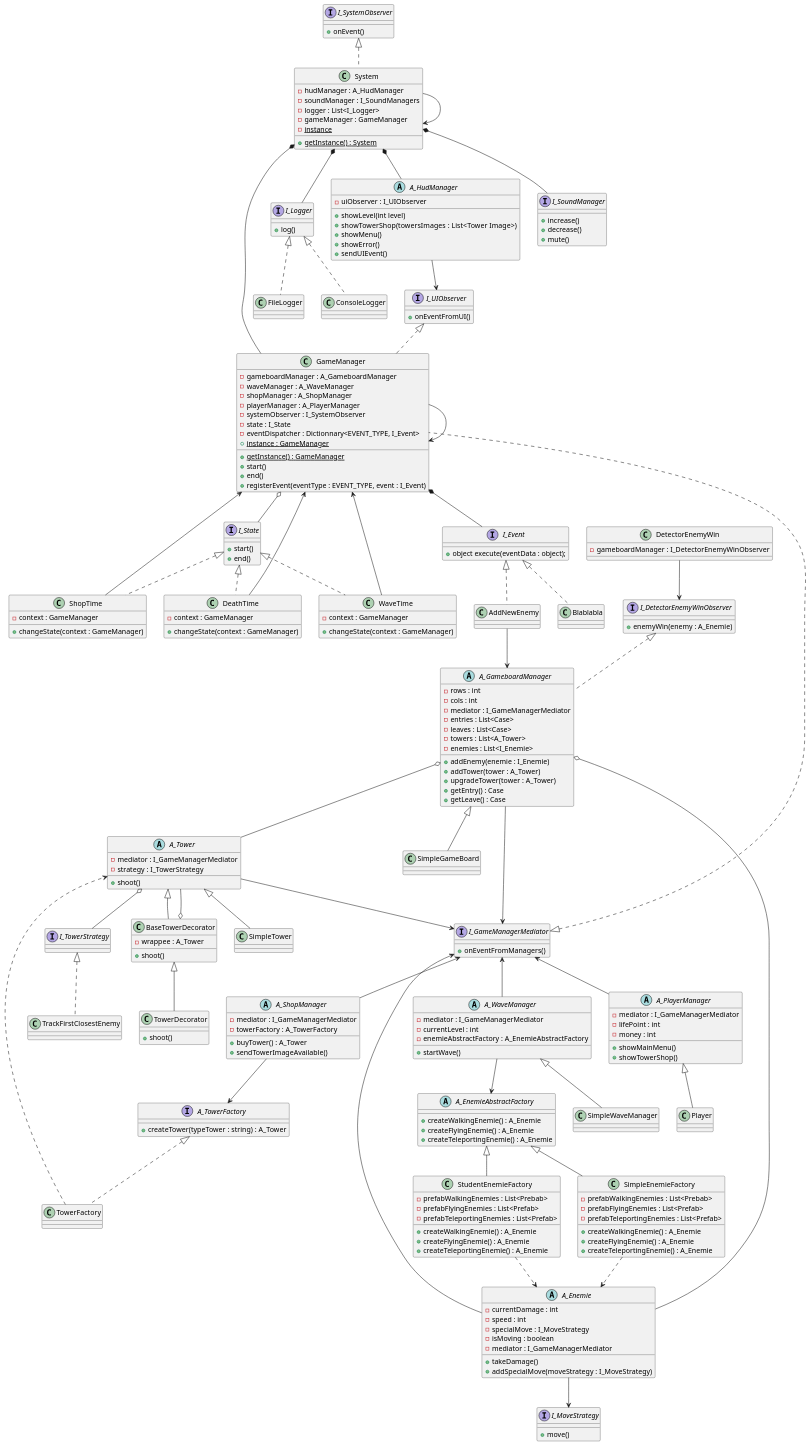
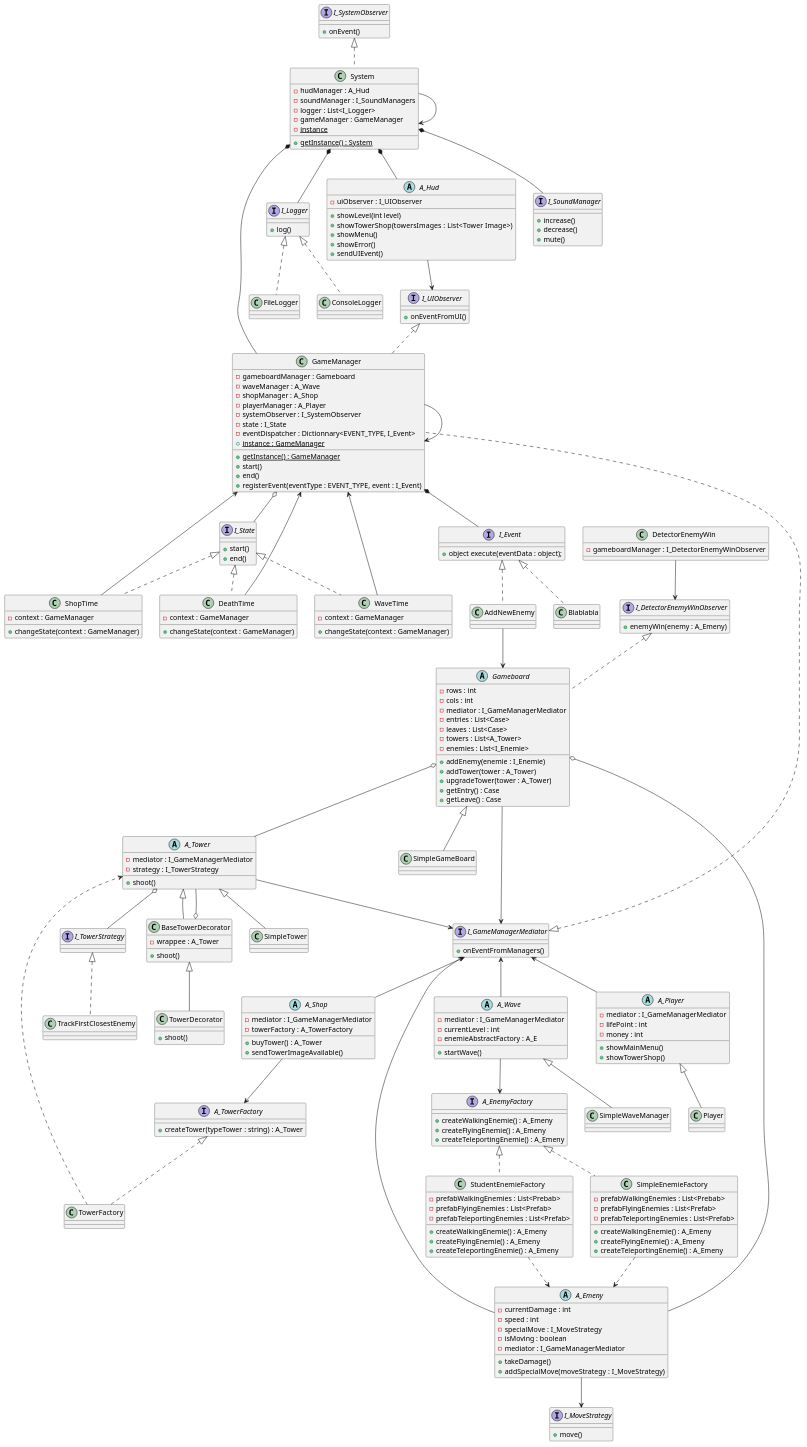
The diagram in uml.plantuml (bobylatruffe/tower_defense), drawn with PlantUML before and after one commit. The commit also changed 18 other files, not shown here.

```diff
--- a/uml.plantuml
+++ b/uml.plantuml
@@ -5,10 +5,10 @@
 /' skinparam linetype polyline '/
 
 class GameManager implements I_UIObserver, I_GameManagerMediator {
-    - gameboardManager : A_GameboardManager
-    - waveManager : A_WaveManager
-    - shopManager : A_ShopManager
-    - playerManager : A_PlayerManager
+    - gameboardManager : Gameboard
+    - waveManager : A_Wave
+    - shopManager : A_Shop
+    - playerManager : A_Player
     - systemObserver : I_SystemObserver
     - state : I_State
     - eventDispatcher : Dictionnary<EVENT_TYPE, I_Event>
@@ -26,7 +26,7 @@
 class AddNewEnemy implements I_Event {
 }
 
-AddNewEnemy --> A_GameboardManager
+AddNewEnemy --> Gameboard
 
 class Blablabla implements I_Event {
 }
@@ -64,7 +64,7 @@
 GameManager --> GameManager
 
 class System implements I_SystemObserver {
-    - hudManager : A_HudManager
+    - hudManager : A_Hud
     - soundManager : I_SoundManagers
     - logger : List<I_Logger>
     - gameManager : GameManager
@@ -91,7 +91,7 @@
 '     nécessaires au fonctionnement du TowerDefense.
 ' end note
 
-abstract class A_GameboardManager  {
+abstract class Gameboard  {
     - rows : int
     - cols : int
     - mediator : I_GameManagerMediator
@@ -106,7 +106,7 @@
     + getLeave() : Case
 }
 
-A_GameboardManager o-- A_Tower
+Gameboard o-- A_Tower
 BaseTowerDecorator o-- A_Tower
 
 class BaseTowerDecorator extends A_Tower {
@@ -118,55 +118,55 @@
     + shoot()
 }
 
-/' A_GameboardManager *-- TowerDecorator '/
-/' A_GameboardManager --> TowerDecorator '/
+/' Gameboard *-- TowerDecorator '/
+/' Gameboard --> TowerDecorator '/
 
-abstract class A_WaveManager  {
+abstract class A_Wave  {
     - mediator : I_GameManagerMediator
     - currentLevel : int
-    - enemieAbstractFactory : A_EnemieAbstractFactory
+    - enemieAbstractFactory : A_E
     + startWave()
 }
 
-abstract class A_EnemieAbstractFactory {
-    + createWalkingEnemie() : A_Enemie
-    + createFlyingEnemie() : A_Enemie
-    + createTeleportingEnemie() : A_Enemie
+interface A_EnemyFactory {
+    + createWalkingEnemie() : A_Emeny
+    + createFlyingEnemie() : A_Emeny
+    + createTeleportingEnemie() : A_Emeny
 }
 
-A_WaveManager --> A_EnemieAbstractFactory
-A_WaveManager <|-- SimpleWaveManager
+A_Wave --> A_EnemyFactory
+A_Wave <|-- SimpleWaveManager
 
-class StudentEnemieFactory extends A_EnemieAbstractFactory {
+class StudentEnemieFactory implements A_EnemyFactory {
     - prefabWalkingEnemies : List<Prebab>
     - prefabFlyingEnemies : List<Prefab>
     - prefabTeleportingEnemies : List<Prefab>
-    + createWalkingEnemie() : A_Enemie
-    + createFlyingEnemie() : A_Enemie
-    + createTeleportingEnemie() : A_Enemie
+    + createWalkingEnemie() : A_Emeny
+    + createFlyingEnemie() : A_Emeny
+    + createTeleportingEnemie() : A_Emeny
 }
 
-StudentEnemieFactory ..> A_Enemie
+StudentEnemieFactory ..> A_Emeny
 
-class SimpleEnemieFactory extends A_EnemieAbstractFactory {
+class SimpleEnemieFactory implements A_EnemyFactory {
     - prefabWalkingEnemies : List<Prebab>
     - prefabFlyingEnemies : List<Prefab>
     - prefabTeleportingEnemies : List<Prefab>
-    + createWalkingEnemie() : A_Enemie
-    + createFlyingEnemie() : A_Enemie
-    + createTeleportingEnemie() : A_Enemie
+    + createWalkingEnemie() : A_Emeny
+    + createFlyingEnemie() : A_Emeny
+    + createTeleportingEnemie() : A_Emeny
 }
 
-SimpleEnemieFactory ..> A_Enemie
+SimpleEnemieFactory ..> A_Emeny
 
-abstract class A_ShopManager {
+abstract class A_Shop {
     - mediator : I_GameManagerMediator
     - towerFactory : A_TowerFactory
     + buyTower() : A_Tower
     + sendTowerImageAvailable()
 }
 
-abstract class A_PlayerManager  {
+abstract class A_Player  {
     - mediator : I_GameManagerMediator
     - lifePoint : int
     - money : int
@@ -178,9 +178,9 @@
 
 }
 
-A_ShopManager --> A_TowerFactory
+A_Shop --> A_TowerFactory
 
-abstract class A_HudManager {
+abstract class A_Hud {
     - uiObserver : I_UIObserver
     + showLevel(int level)
     + showTowerShop(towersImages : List<Tower  Image>)
@@ -211,26 +211,26 @@
     + onEventFromManagers()
 }
 
-/' GameManager o-- A_GameboardManager
-GameManager o-- A_WaveManager
-GameManager o-- A_ShopManager
-GameManager o-- A_PlayerManager
+/' GameManager o-- Gameboard
+GameManager o-- A_Wave
+GameManager o-- A_Shop
+GameManager o-- A_Player
 GameManager o-- I_SystemObserver '/
 
-System *-- A_HudManager
+System *-- A_Hud
 System *-- I_SoundManager
 System *-- I_Logger
 System *-- GameManager
 
-A_HudManager --> I_UIObserver
+A_Hud --> I_UIObserver
 
-I_GameManagerMediator <-- A_GameboardManager
-I_GameManagerMediator <-- A_PlayerManager
-I_GameManagerMediator <-- A_WaveManager
-I_GameManagerMediator <-- A_ShopManager
+I_GameManagerMediator <-- Gameboard
+I_GameManagerMediator <-- A_Player
+I_GameManagerMediator <-- A_Wave
+I_GameManagerMediator <-- A_Shop
 
-/' A_GameboardManager o-- A_Tower '/
-A_GameboardManager o-- A_Enemie
+/' Gameboard o-- A_Tower '/
+Gameboard o-- A_Emeny
 
 TowerFactory ..> A_Tower
 
@@ -250,7 +250,7 @@
     + move()
 }
 
-abstract class A_Enemie {
+abstract class A_Emeny {
     - currentDamage : int
     - speed : int
     - specialMove : I_MoveStrategy
@@ -260,10 +260,10 @@
     + addSpecialMove(moveStrategy : I_MoveStrategy)
 }
 
-A_Enemie --> I_MoveStrategy
-A_Enemie --> I_GameManagerMediator
+A_Emeny --> I_MoveStrategy
+A_Emeny --> I_GameManagerMediator
 
-class SimpleGameBoard extends A_GameboardManager {
+class SimpleGameBoard extends Gameboard {
 
 }
 
@@ -273,19 +273,19 @@
 
 A_Tower o-- I_TowerStrategy
 
-class Player extends A_PlayerManager {
+class Player extends A_Player {
     
 }
 
 interface I_DetectorEnemyWinObserver {
-    + enemyWin(enemy : A_Enemie)
+    + enemyWin(enemy : A_Emeny)
 }
 
 class DetectorEnemyWin {
     - gameboardManager : I_DetectorEnemyWinObserver
 }
 
-abstract class A_GameboardManager implements I_DetectorEnemyWinObserver {
+abstract class Gameboard implements I_DetectorEnemyWinObserver {
     
 }
 
```
